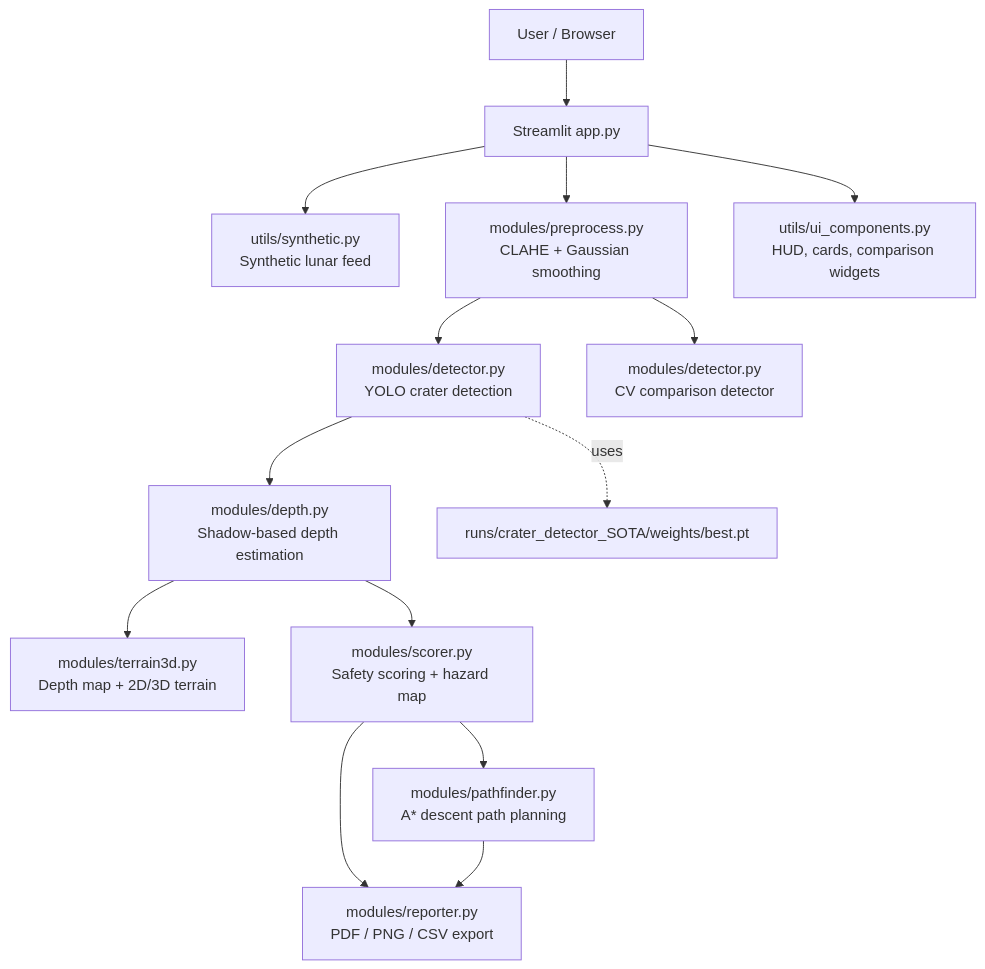
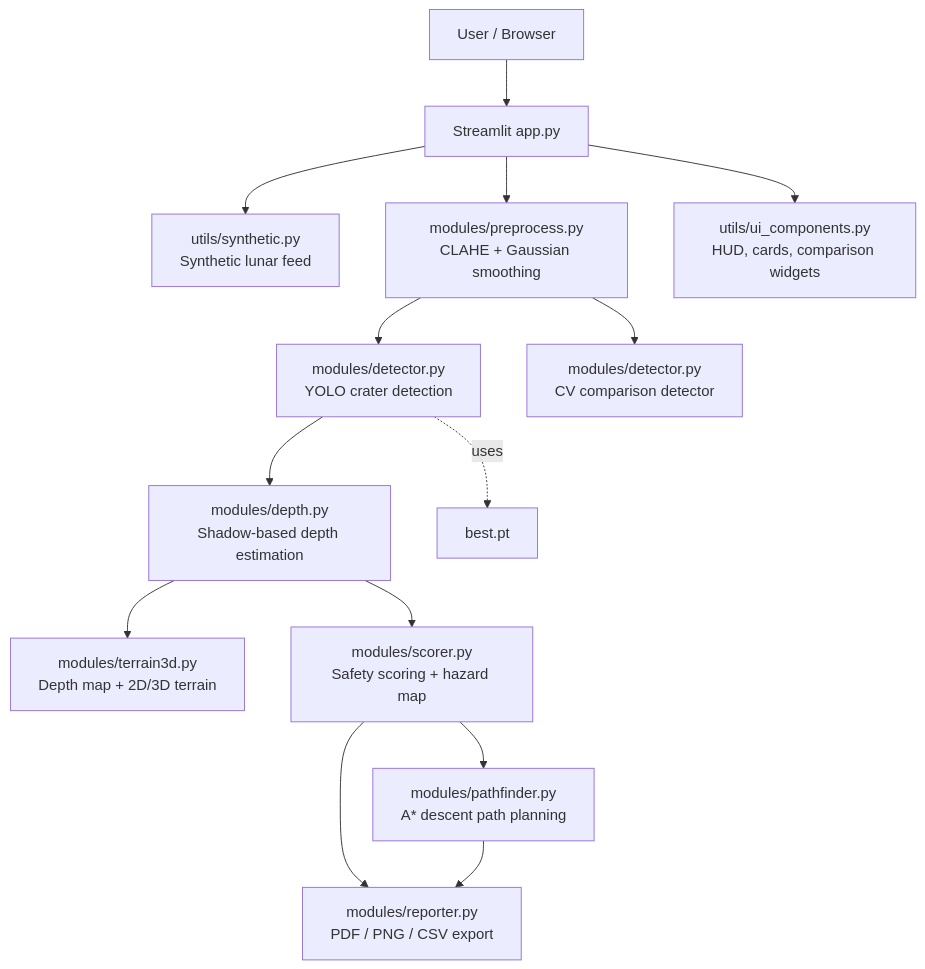
The diagram in README.md (Pikachu-5/lunar-crater-detector-and-depth-estimator), drawn with Mermaid before and after one commit. The commit also changed other lines of this file and 5 other files, not shown here.

````diff
--- a/README.md
+++ b/README.md
@@ -21,17 +21,17 @@
 ```mermaid
 flowchart TD
 	U[User / Browser] --> A[Streamlit app.py]
 	A --> S[utils/synthetic.py\nSynthetic lunar feed]
 	A --> P[modules/preprocess.py\nCLAHE + Gaussian smoothing]
 	P --> D[modules/detector.py\nYOLO crater detection]
 	P --> C[modules/detector.py\nCV comparison detector]
 	D --> E[modules/depth.py\nShadow-based depth estimation]
 	E --> T[modules/terrain3d.py\nDepth map + 2D/3D terrain]
 	E --> R[modules/scorer.py\nSafety scoring + hazard map]
 	R --> H[modules/pathfinder.py\nA* descent path planning]
 	R --> F[modules/reporter.py\nPDF / PNG / CSV export]
 	H --> F
 	A --> UI[utils/ui_components.py\nHUD, cards, comparison widgets]
 
-	D -. uses .-> W[runs/crater_detector_SOTA/weights/best.pt]
+	D -. uses .-> W[best.pt]
 ```
````
